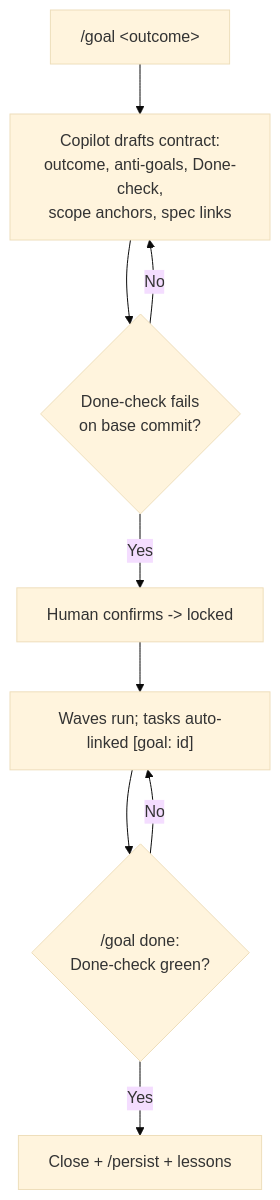
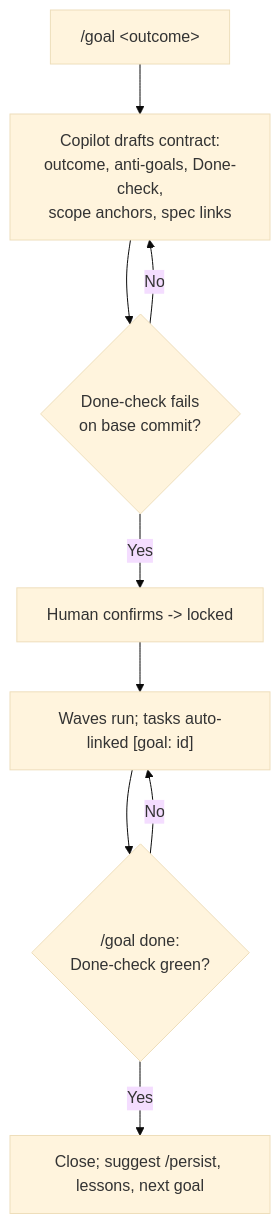
Before and after one commit to shalomb/dotfiles: the second of 3 diagrams in .pi/docs/specs/agentic-coding/handoff-spec.md, drawn with Mermaid (base theme). The commit also changed other lines of this file and 5 other files, not shown here.

````diff
--- a/.pi/docs/specs/agentic-coding/handoff-spec.md
+++ b/.pi/docs/specs/agentic-coding/handoff-spec.md
@@ -118,11 +118,11 @@
 ```mermaid
 flowchart TD
     Set["/goal &lt;outcome&gt;"] --> Draft["Copilot drafts contract:\noutcome, anti-goals, Done-check,\nscope anchors, spec links"]
     Draft --> Base{"Done-check fails\non base commit?"}
     Base -->|"No"| Draft
     Base -->|"Yes"| Lock["Human confirms -> locked"]
     Lock --> Work["Waves run; tasks auto-linked [goal: id]"]
     Work --> Check{"/goal done:\nDone-check green?"}
     Check -->|"No"| Work
-    Check -->|"Yes"| Close["Close + /persist + lessons"]
+    Check -->|"Yes"| Close["Close; suggest /persist, lessons, next goal"]
 ```
````
